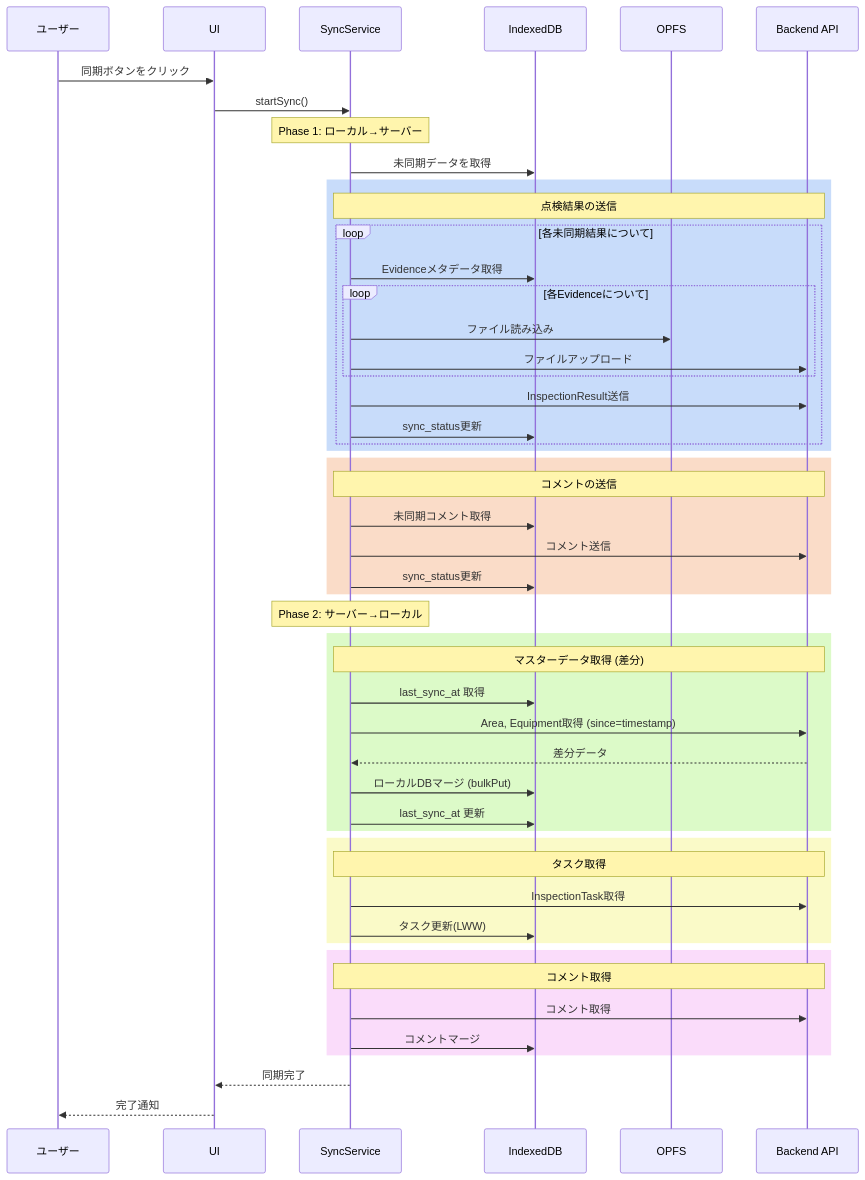
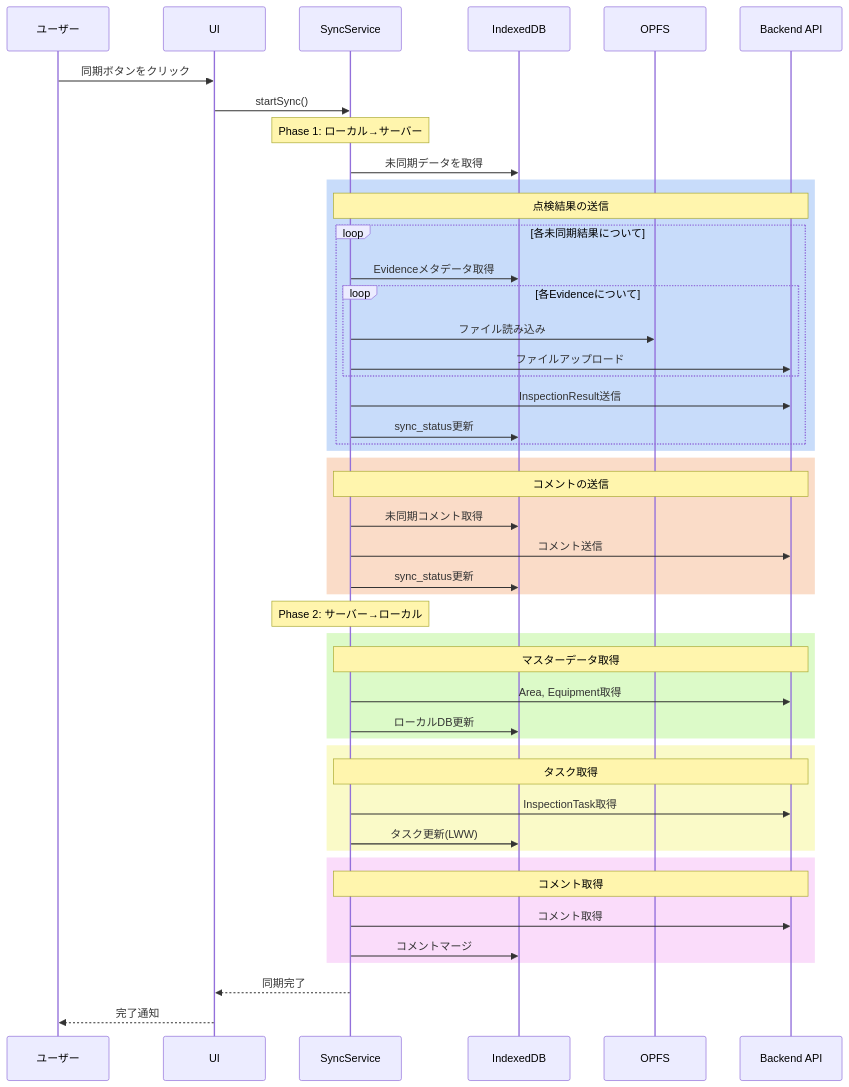
Before and after one commit to funayamateppei/local_bridge: the diagram in frontend/SYNC_LOGIC.md, drawn with Mermaid. The commit also changed other lines of this file and 4 other files, not shown here.

````diff
--- a/frontend/SYNC_LOGIC.md
+++ b/frontend/SYNC_LOGIC.md
@@ -26,61 +26,58 @@
 ```mermaid
 sequenceDiagram
     participant User as ユーザー
     participant UI
     participant SyncService
     participant LocalDB as IndexedDB
     participant OPFS
     participant API as Backend API
 
     User->>UI: 同期ボタンをクリック
     UI->>SyncService: startSync()
 
     Note over SyncService: Phase 1: ローカル→サーバー
     SyncService->>LocalDB: 未同期データを取得
 
     rect rgb(200, 220, 250)
         Note over SyncService,API: 点検結果の送信
         loop 各未同期結果について
             SyncService->>LocalDB: Evidenceメタデータ取得
             loop 各Evidenceについて
                 SyncService->>OPFS: ファイル読み込み
                 SyncService->>API: ファイルアップロード
             end
             SyncService->>API: InspectionResult送信
             SyncService->>LocalDB: sync_status更新
         end
     end
 
     rect rgb(250, 220, 200)
         Note over SyncService,API: コメントの送信
         SyncService->>LocalDB: 未同期コメント取得
         SyncService->>API: コメント送信
         SyncService->>LocalDB: sync_status更新
     end
 
     Note over SyncService: Phase 2: サーバー→ローカル
 
     rect rgb(220, 250, 200)
-        Note over SyncService,API: マスターデータ取得 (差分)
-        SyncService->>LocalDB: last_sync_at 取得
-        SyncService->>API: Area, Equipment取得 (since=timestamp)
-        API-->>SyncService: 差分データ
-        SyncService->>LocalDB: ローカルDBマージ (bulkPut)
-        SyncService->>LocalDB: last_sync_at 更新
+        Note over SyncService,API: マスターデータ取得
+        SyncService->>API: Area, Equipment取得
+        SyncService->>LocalDB: ローカルDB更新
     end
 
     rect rgb(250, 250, 200)
         Note over SyncService,API: タスク取得
         SyncService->>API: InspectionTask取得
         SyncService->>LocalDB: タスク更新(LWW)
     end
 
     rect rgb(250, 220, 250)
         Note over SyncService,API: コメント取得
         SyncService->>API: コメント取得
         SyncService->>LocalDB: コメントマージ
     end
 
     SyncService-->>UI: 同期完了
     UI-->>User: 完了通知
 ```
````
